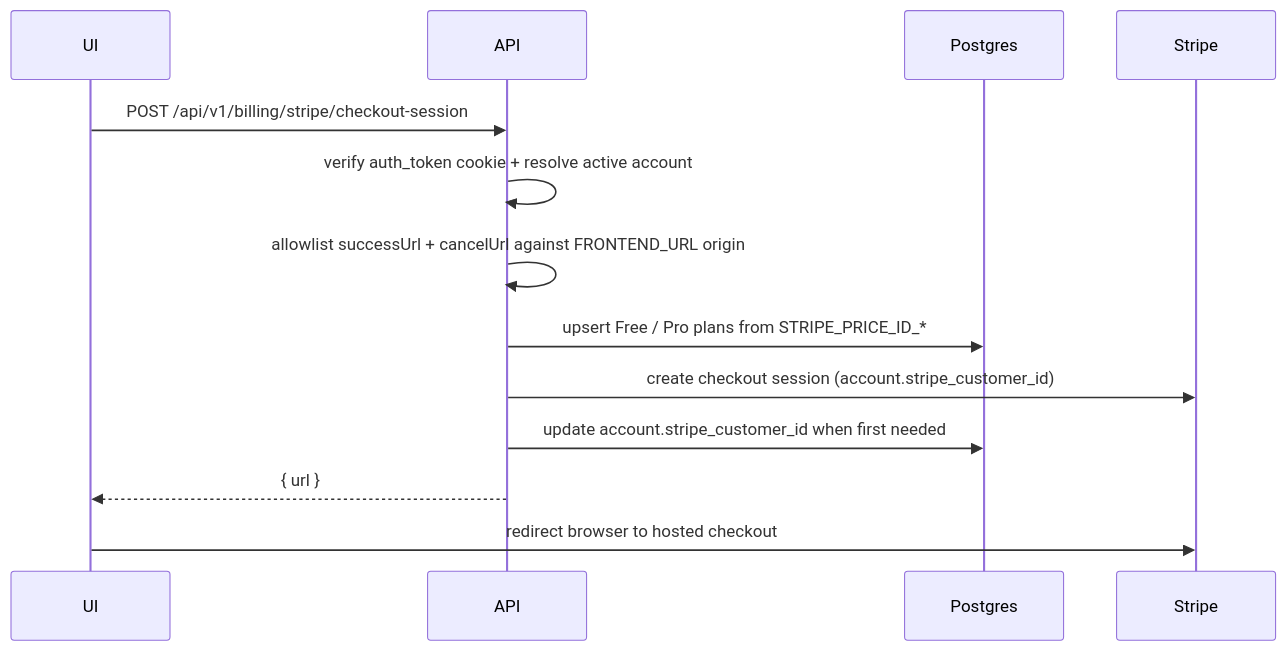
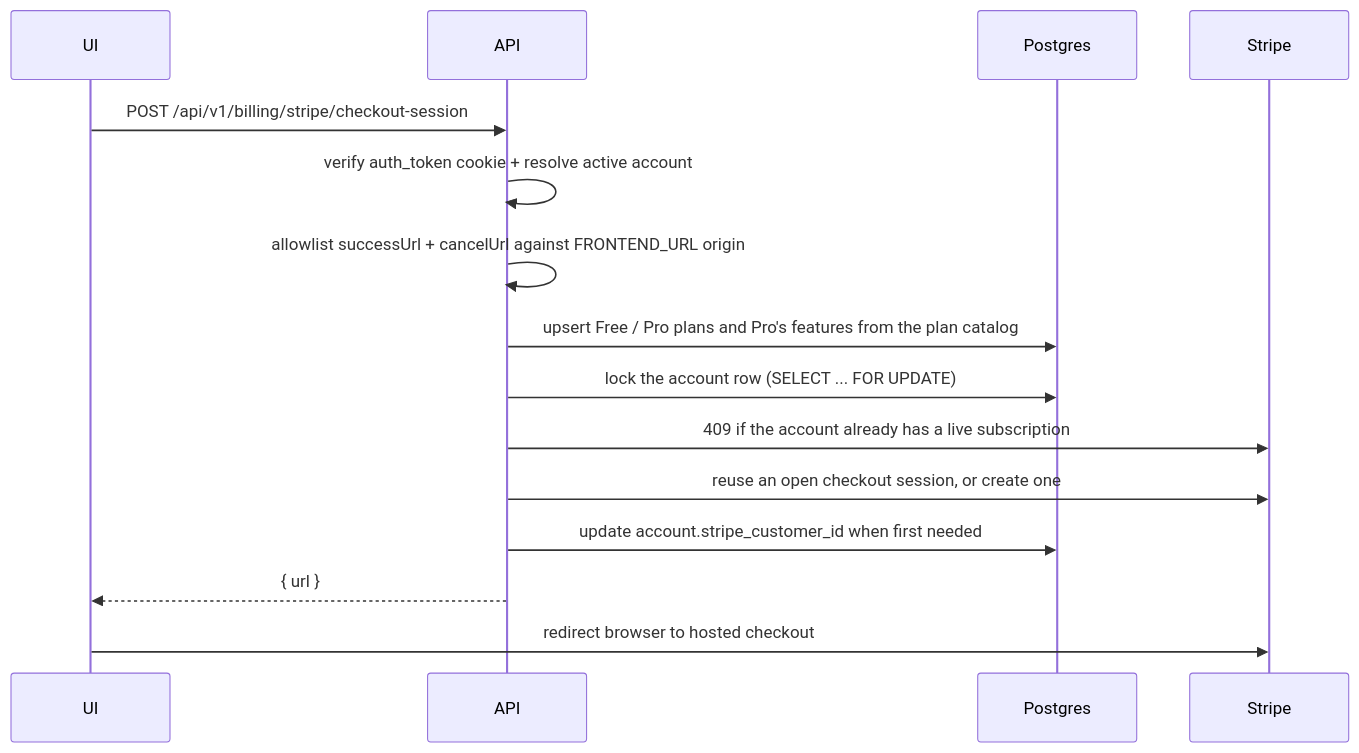
Before and after one commit to boringstack-xyz/boringstack: the first of 2 diagrams in apps/docs/src/content/docs/api/billing.mdx, drawn with Mermaid. The commit also changed other lines of this file and 131 other files, not shown here.

````diff
--- a/apps/docs/src/content/docs/api/billing.mdx
+++ b/apps/docs/src/content/docs/api/billing.mdx
@@ -14,15 +14,17 @@
 ```mermaid
 sequenceDiagram
   participant UI as UI
   participant API as API
   participant DB as Postgres
   participant Stripe
   UI->>API: POST /api/v1/billing/stripe/checkout-session
   API->>API: verify auth_token cookie + resolve active account
   API->>API: allowlist successUrl + cancelUrl against FRONTEND_URL origin
-  API->>DB: upsert Free / Pro plans from STRIPE_PRICE_ID_*
-  API->>Stripe: create checkout session (account.stripe_customer_id)
+  API->>DB: upsert Free / Pro plans and Pro's features from the plan catalog
+  API->>DB: lock the account row (SELECT ... FOR UPDATE)
+  API->>Stripe: 409 if the account already has a live subscription
+  API->>Stripe: reuse an open checkout session, or create one
   API->>DB: update account.stripe_customer_id when first needed
   API-->>UI: { url }
   UI->>Stripe: redirect browser to hosted checkout
 ```
````
